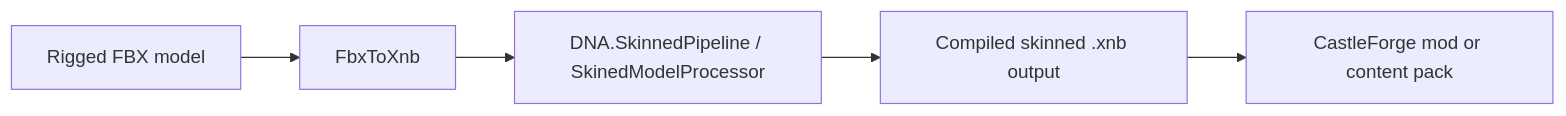
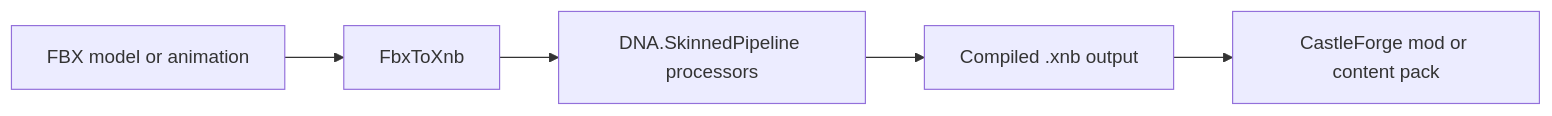
Before and after one commit to RussDev7/CastleForge: the diagram in CastleForge/Tools/DNA.SkinnedPipeline/README.md, drawn with Mermaid. The commit also changed other lines of this file and 14 other files, not shown here.

Commit message:
Add Blender-friendly model round-trip support for TexturePacks and FbxToXnb.

````diff
--- a/CastleForge/Tools/DNA.SkinnedPipeline/README.md
+++ b/CastleForge/Tools/DNA.SkinnedPipeline/README.md
@@ -73,7 +77,7 @@
 ```mermaid
 flowchart LR
-    A[Rigged FBX model] --> B[FbxToXnb]
-    B --> C[DNA.SkinnedPipeline / SkinedModelProcessor]
-    C --> D[Compiled skinned .xnb output]
+    A[FBX model or animation] --> B[FbxToXnb]
+    B --> C[DNA.SkinnedPipeline processors]
+    C --> D[Compiled .xnb output]
     D --> E[CastleForge mod or content pack]
 ```
````
